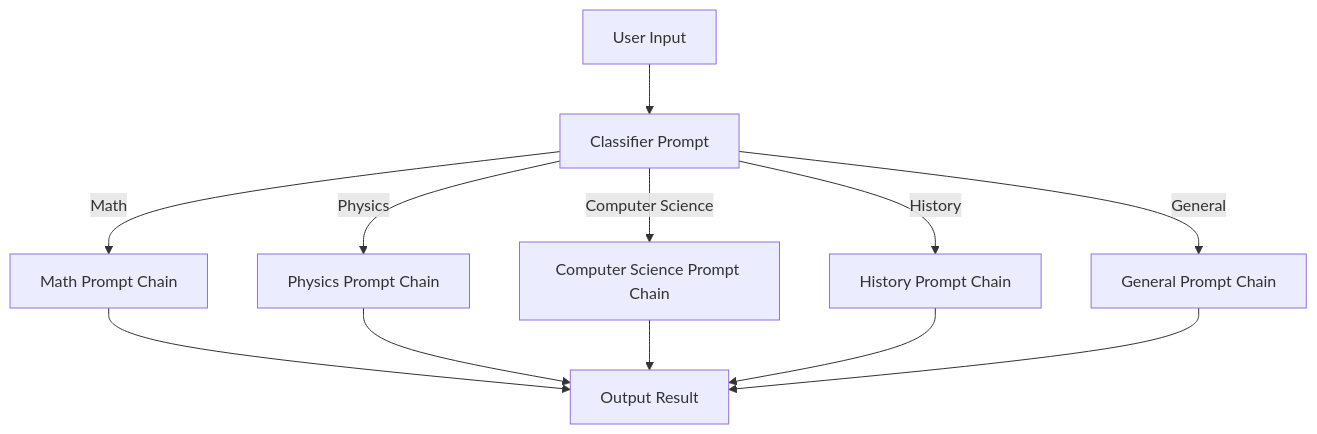
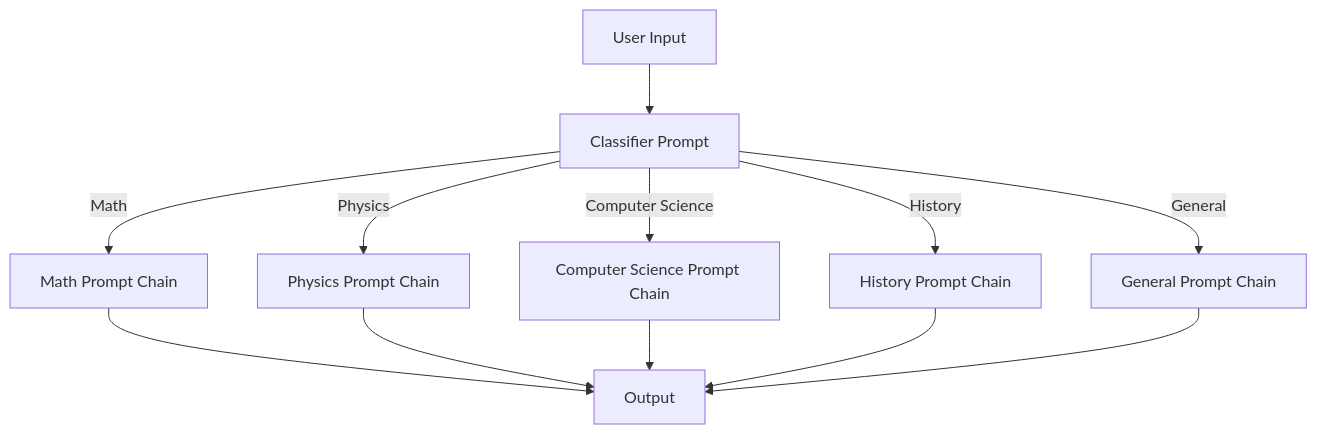
The second of 2 diagrams in examples/langchain-anthropic/sequential-router-chains/README.md (praveenc/AnthropicWithBedrock), drawn with Mermaid before and after one commit.

````diff
--- a/examples/langchain-anthropic/sequential-router-chains/README.md
+++ b/examples/langchain-anthropic/sequential-router-chains/README.md
@@ -17,14 +17,14 @@
 ```mermaid
 flowchart TB
     A[User Input] --> B[Classifier Prompt]
     B -->|Math| C[Math Prompt Chain]
     B -->|Physics| D[Physics Prompt Chain]
     B -->|Computer Science| E[Computer Science Prompt Chain]
     B -->|History| F[History Prompt Chain]
     B -->|General| G[General Prompt Chain]
-    C --> H[Output Result]
+    C --> H[Output]
     D --> H
     E --> H
     F --> H
     G --> H
 ```
````
